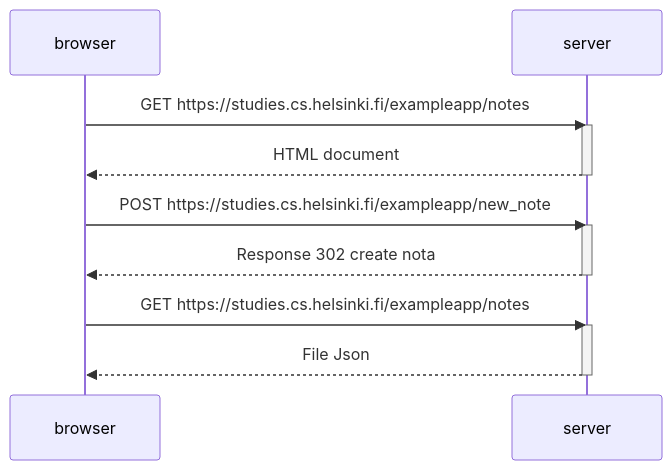
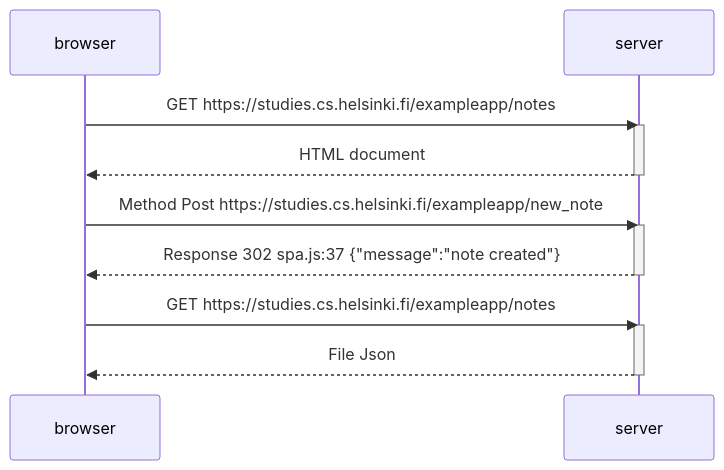
One commit to IsraelG10/Full-Stack-Open-2023 changed the second of 4 diagrams in part1/README.md. Above: the diagram before and after it, drawn with Mermaid. The commit also changed other lines of this file, not shown here.

Commit message:
create response

````diff
--- a/part1/README.md
+++ b/part1/README.md
@@ -40,21 +40,21 @@
 ```mermaid
 sequenceDiagram
     participant browser
     participant server
 
     browser->>server: GET https://studies.cs.helsinki.fi/exampleapp/notes
     activate server
     server-->>browser: HTML document
     deactivate server
 
-    browser->>server: POST https://studies.cs.helsinki.fi/exampleapp/new_note
+    browser->>server: Method Post https://studies.cs.helsinki.fi/exampleapp/new_note
     activate server
-    server-->>browser: Response 302 create nota
+    server-->>browser: Response 302 spa.js:37 {"message":"note created"}
     deactivate server
 
     browser->>server: GET https://studies.cs.helsinki.fi/exampleapp/notes
     activate server
     server-->>browser: File Json
     deactivate server
 
 ```
````
